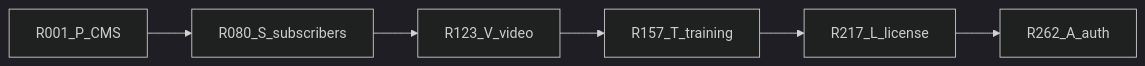
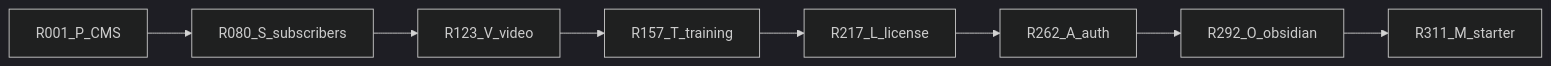
The first of 5 diagrams in .cursor/plans/combined_cms_refs_f96163bc.plan.md (KantaPaul/next-cms), drawn with Mermaid (dark theme) before and after one commit. The commit also changed other lines of this file and 4 other files, not shown here.

````diff
--- a/.cursor/plans/combined_cms_refs_f96163bc.plan.md
+++ b/.cursor/plans/combined_cms_refs_f96163bc.plan.md
@@ -896,8 +1008,10 @@
 ```mermaid
 flowchart LR
   p[R001_P_CMS] --> s[R080_S_subscribers]
   s --> v[R123_V_video]
   v --> t[R157_T_training]
   t --> l[R217_L_license]
   l --> a[R262_A_auth]
+  a --> o[R292_O_obsidian]
+  o --> m[R311_M_starter]
 ```
````
